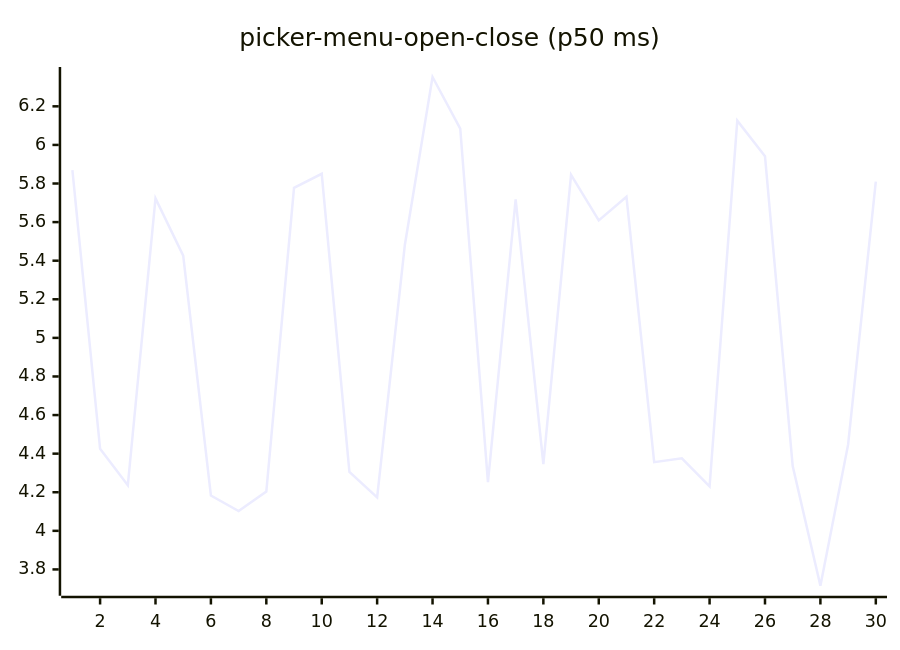
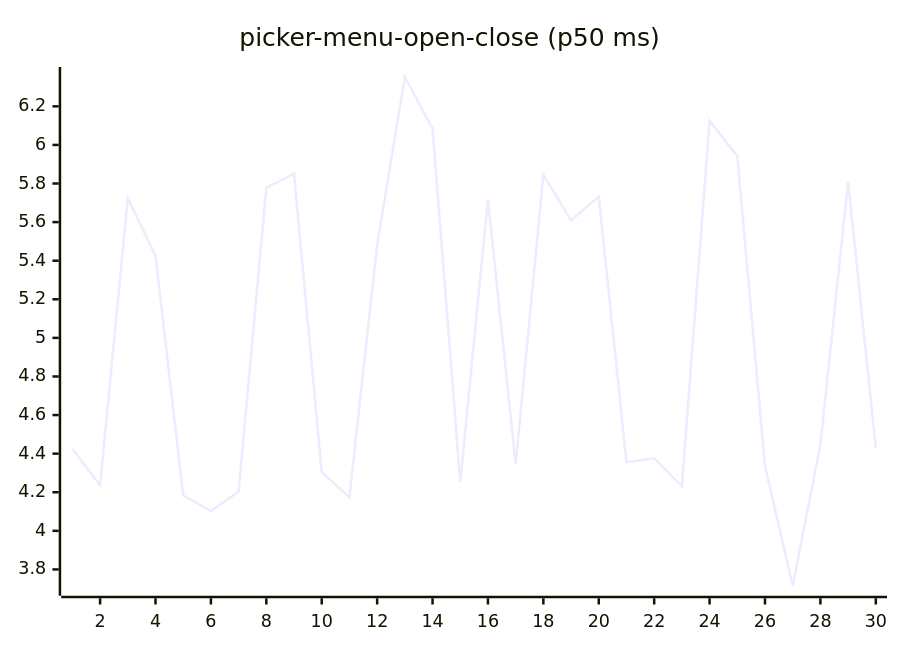
One commit to josha/Facet changed diagram 16 of 27 in README.md. Above: the diagram before and after it, drawn with Mermaid. The commit also changed other lines of this file and 2 other files, not shown here.

````diff
--- a/README.md
+++ b/README.md
@@ -168,6 +168,6 @@
 ```mermaid
 xychart-beta
     title "picker-menu-open-close (p50 ms)"
     x-axis 1 --> 30
-    line [5.8694, 4.4248, 4.2362, 5.7230, 5.4264, 4.1828, 4.1028, 4.2034, 5.7775, 5.8503, 4.3049, 4.1731, 5.4814, 6.3520, 6.0839, 4.2522, 5.7175, 4.3452, 5.8449, 5.6085, 5.7317, 4.3559, 4.3756, 4.2307, 6.1258, 5.9413, 4.3353, 3.7154, 4.4466, 5.8101]
+    line [4.4248, 4.2362, 5.7230, 5.4264, 4.1828, 4.1028, 4.2034, 5.7775, 5.8503, 4.3049, 4.1731, 5.4814, 6.3520, 6.0839, 4.2522, 5.7175, 4.3452, 5.8449, 5.6085, 5.7317, 4.3559, 4.3756, 4.2307, 6.1258, 5.9413, 4.3353, 3.7154, 4.4466, 5.8101, 4.4287]
 ```
````
